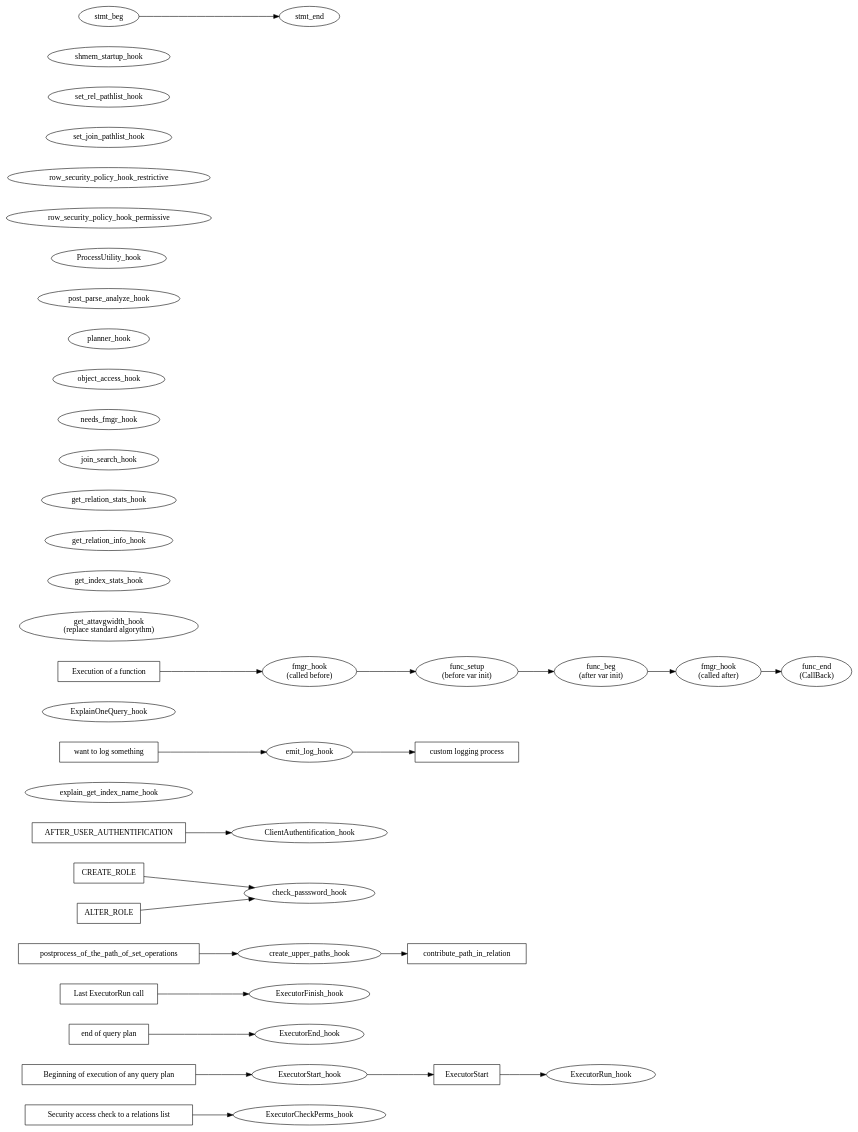
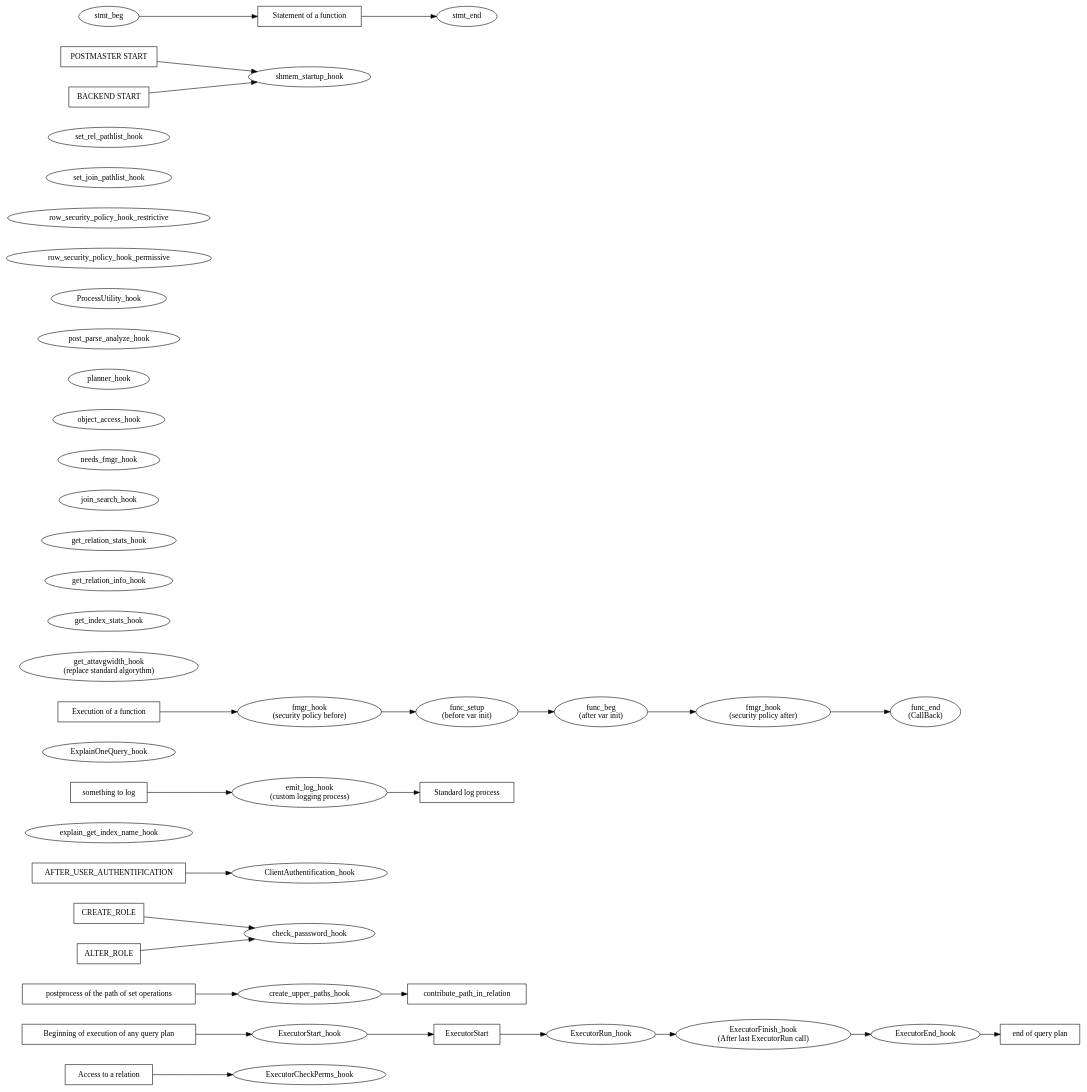
The diagram in hooks.dot (frbn/psql-hooks), drawn with Graphviz before and after one commit.

Commit message:
+ exec query plan + log + fmgr + cosmetics

```diff
--- a/hooks.dot
+++ b/hooks.dot
@@ -1,70 +1,74 @@
 digraph hooks {
     rankdir=LR
     node [shape=box];
     nodesep=0.5;
     subgraph Executor {
         ExecutorCheckPerms_hook     [shape=ellipse];
         ExecutorStart_hook          [shape=ellipse];
         ExecutorRun_hook            [shape=ellipse];
         ExecutorEnd_hook            [shape=ellipse];
-        ExecutorFinish_hook         [shape=ellipse];
+        ExecutorFinish_hook [shape=ellipse][label="ExecutorFinish_hook\n(After last ExecutorRun call)"];
         create_upper_paths_hook     [shape=ellipse];
         check_passsword_hook        [shape=ellipse];
         ClientAuthentification_hook [shape=ellipse];
         explain_get_index_name_hook [shape=ellipse];
-        emit_log_hook               [shape=ellipse];
+        emit_log_hook               [shape=ellipse][label="emit_log_hook\n(custom logging process)"];
         ExplainOneQuery_hook        [shape=ellipse];
         
         
-        fmgr_hook1                   [shape=ellipse][label="fmgr_hook \n(called before)"];
-        fmgr_hook2                   [shape=ellipse][label="fmgr_hook \n(called after)"];
+        fmgr_hook1                   [shape=ellipse][label="fmgr_hook \n(security policy before)"];
+        fmgr_hook2                   [shape=ellipse][label="fmgr_hook \n(security policy after)"];
         func_beg                    [shape=ellipse][label="func_beg \n(after var init)"];
         func_end                    [shape=ellipse][label="func_end \n(CallBack)"];
         func_setup                  [shape=ellipse][label="func_setup \n(before var init)"];
         "Execution of a function" -> fmgr_hook1 -> func_setup  -> func_beg -> fmgr_hook2 -> func_end;
         
         get_attavgwidth_hook        [shape=ellipse][label="get_attavgwidth_hook \n(replace standard algorythm)"];
         
         get_index_stats_hook        [shape=ellipse];
         
         get_relation_info_hook      [shape=ellipse];
         
         get_relation_stats_hook     [shape=ellipse];
         
         join_search_hook            [shape=ellipse];
         
         needs_fmgr_hook             [shape=ellipse];
         
         object_access_hook          [shape=ellipse];
         
         planner_hook                [shape=ellipse];
         
         post_parse_analyze_hook     [shape=ellipse];
         
         ProcessUtility_hook         [shape=ellipse];
         
         row_security_policy_hook_permissive     [shape=ellipse];
         row_security_policy_hook_restrictive    [shape=ellipse];
         
         set_join_pathlist_hook      [shape=ellipse];
         set_rel_pathlist_hook       [shape=ellipse];
         
         shmem_startup_hook          [shape=ellipse];
+        "POSTMASTER START" -> shmem_startup_hook ;
+        "BACKEND START" -> shmem_startup_hook ;
+         
         
         stmt_beg                    [shape=ellipse];
         stmt_end                    [shape=ellipse];
-        stmt_beg -> stmt_end;
+        stmt_beg -> "Statement of a function" -> stmt_end;
         
         
-        "Security access check to a relations list" ->  ExecutorCheckPerms_hook;
-        "end of query plan" -> ExecutorEnd_hook ;
-        "Last ExecutorRun call" -> ExecutorFinish_hook ;
-        "Beginning of execution of any query plan" -> ExecutorStart_hook -> ExecutorStart -> ExecutorRun_hook;
+        "Access to a relation" ->  ExecutorCheckPerms_hook;
+         
+        
+        "Beginning of execution of any query plan" -> ExecutorStart_hook -> ExecutorStart -> ExecutorRun_hook ->  ExecutorFinish_hook -> ExecutorEnd_hook -> "end of query plan";
+        
     };
     { CREATE_ROLE, ALTER_ROLE } -> check_passsword_hook ;
     AFTER_USER_AUTHENTIFICATION -> ClientAuthentification_hook ;
-    postprocess_of_the_path_of_set_operations -> create_upper_paths_hook ;
+    "postprocess of the path of set operations" -> create_upper_paths_hook ;
     create_upper_paths_hook -> contribute_path_in_relation ;
-    "want to log something" -> emit_log_hook -> "custom logging process" ;
+    "something to log" -> emit_log_hook -> "Standard log process"  ;
     
 }
```
